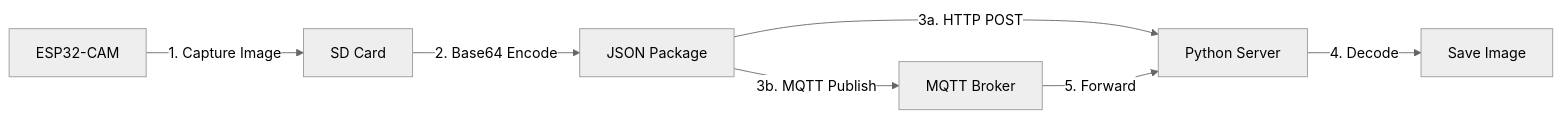
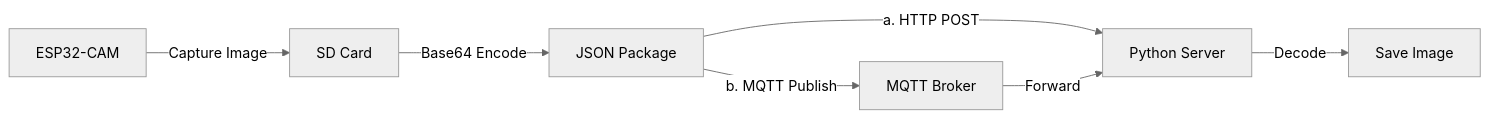
One commit to gianghiem2288/Base64_MQTT_Dictionary_JSON changed the diagram in README.md. Above: the diagram before and after it, drawn with Mermaid (neutral theme).

````diff
--- a/README.md
+++ b/README.md
@@ -303,9 +303,9 @@
 ```mermaid
 graph LR
-A[ESP32-CAM] -->|1. Capture Image| B[SD Card]
-B -->|2. Base64 Encode| C[JSON Package]
-C -->|3a. HTTP POST| D[Python Server]
-C -->|3b. MQTT Publish| E[MQTT Broker]
-D -->|4. Decode| F[Save Image]
-E -->|5. Forward| D
+A[ESP32-CAM] -->|Capture Image| B[SD Card]
+B -->|Base64 Encode| C[JSON Package]
+C -->|a. HTTP POST| D[Python Server]
+C -->|b. MQTT Publish| E[MQTT Broker]
+D -->|Decode| F[Save Image]
+E -->|Forward| D
 ```
````
